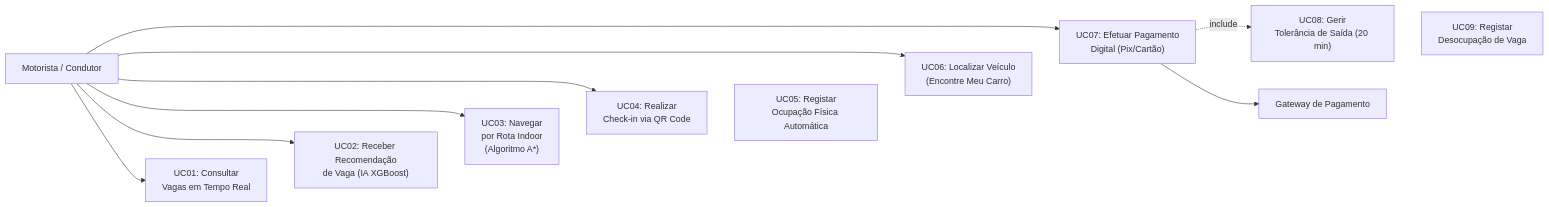
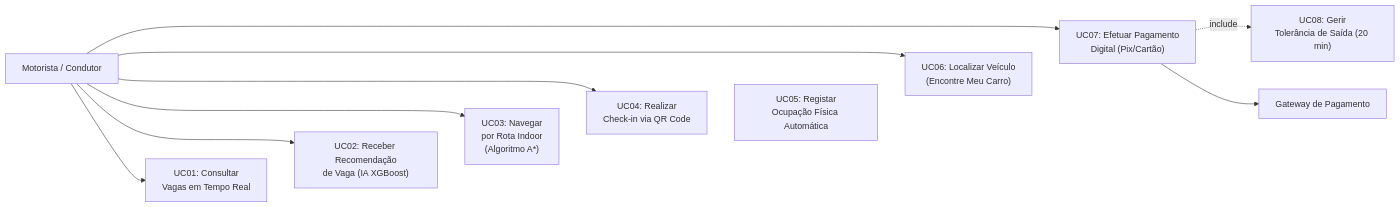
One commit to rafaelvaz-arch/teste-ADS-ESTACIA changed the first of 2 diagrams in docs/Casos_de_uso.md. Above: the diagram before and after it, drawn with Mermaid.

````diff
--- a/docs/Casos_de_uso.md
+++ b/docs/Casos_de_uso.md
@@ -5,36 +5,34 @@
 ``` mermaid
 flowchart LR
     M[Motorista / Condutor]
 
     UC01["UC01: Consultar<br/>Vagas em Tempo Real"]
     UC02["UC02: Receber Recomendação<br/>de Vaga (IA XGBoost)"]
     UC03["UC03: Navegar<br/>por Rota Indoor<br/>(Algoritmo A*)"]
     UC04["UC04: Realizar<br/>Check-in via QR Code"]
     UC05["UC05: Registar<br/>Ocupação Física Automática"]
     UC06["UC06: Localizar Veículo<br/>(Encontre Meu Carro)"]
     UC07["UC07: Efetuar Pagamento<br/>Digital (Pix/Cartão)"]
     UC08["UC08: Gerir<br/>Tolerância de Saída (20 min)"]
-    UC09["UC09: Registar<br/>Desocupação de Vaga"]
 
     G[Gateway de Pagamento]
 
     M --> UC01
     M --> UC02
     M --> UC03
     M --> UC04
     M --> UC06
     M --> UC07
 
     UC07 -. include .-> UC08
     UC07 --> G
 
     %% Organização visual dos casos de uso
     UC01 ~~~ UC02
     UC02 ~~~ UC03
     UC03 ~~~ UC04
     UC04 ~~~ UC05
     UC05 ~~~ UC06
     UC06 ~~~ UC07
     UC07 ~~~ UC08
-    UC08 ~~~ UC09
 ```
````
